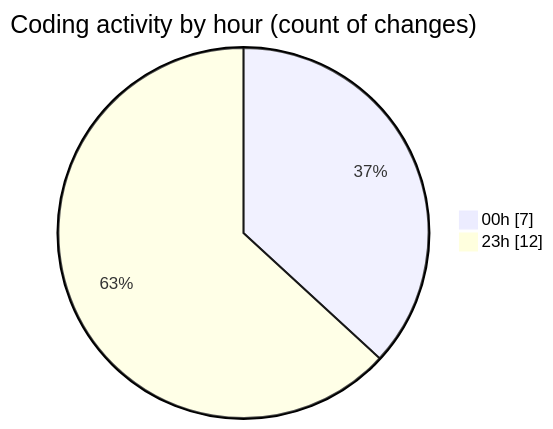
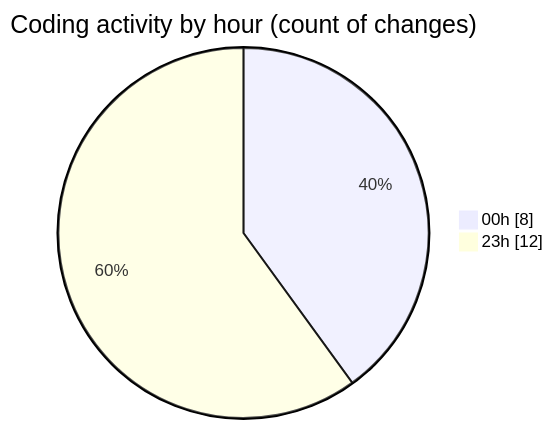
Before and after one commit to julien-gomy/code-tracking: the second of 2 diagrams in 2025-10-31/eventscop-frontend-guide__workspace_/README.md, drawn with Mermaid. The commit also changed other lines of this file and 1 other file, not shown here.

````diff
--- a/2025-10-31/eventscop-frontend-guide__workspace_/README.md
+++ b/2025-10-31/eventscop-frontend-guide__workspace_/README.md
@@ -33,6 +33,6 @@
 ```mermaid
 pie showData
 title Coding activity by hour (count of changes)
-"00h" : 7
+"00h" : 8
 "23h" : 12
 ```
````
